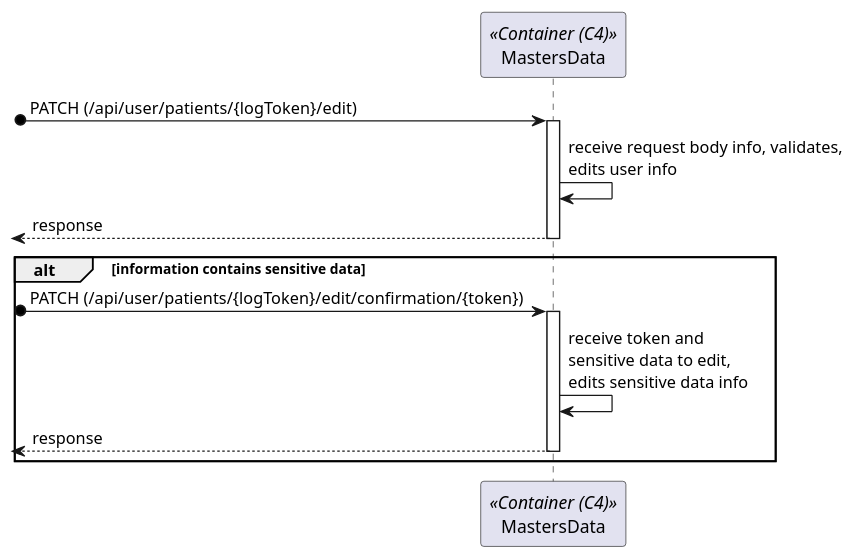
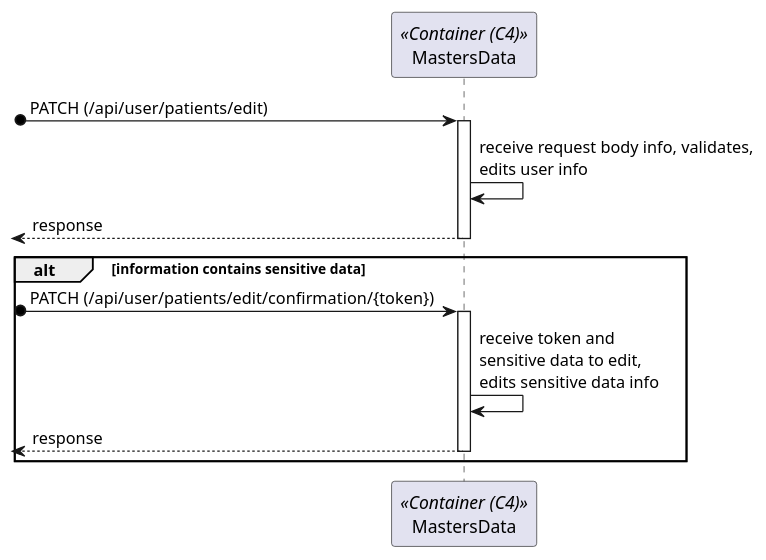
The diagram in docs/Sprint_1/US_5.1.4/L2/Process_View.puml (Rodrick0209/ISEP-SEM5PI-24-25), drawn with PlantUML before and after one commit. The commit also changed 3 other files, not shown here.

```diff
--- a/docs/Sprint_1/US_5.1.4/L2/Process_View.puml
+++ b/docs/Sprint_1/US_5.1.4/L2/Process_View.puml
@@ -2,16 +2,16 @@
 @startuml Process_View
 participant "MastersData" as BE <<Container (C4)>>
 
-[o-> BE: PATCH (/api/user/patients/{logToken}/edit)
+[o-> BE: PATCH (/api/user/patients/edit)
 activate BE
 BE -> BE: receive request body info, validates, \nedits user info
 <-- BE: response
 deactivate BE
 alt information contains sensitive data
-[o-> BE: PATCH (/api/user/patients/{logToken}/edit/confirmation/{token})
+[o-> BE: PATCH (/api/user/patients/edit/confirmation/{token})
 activate BE
 BE -> BE : receive token and \nsensitive data to edit, \nedits sensitive data info
 <-- BE: response
 deactivate BE
 end
 @enduml
```
